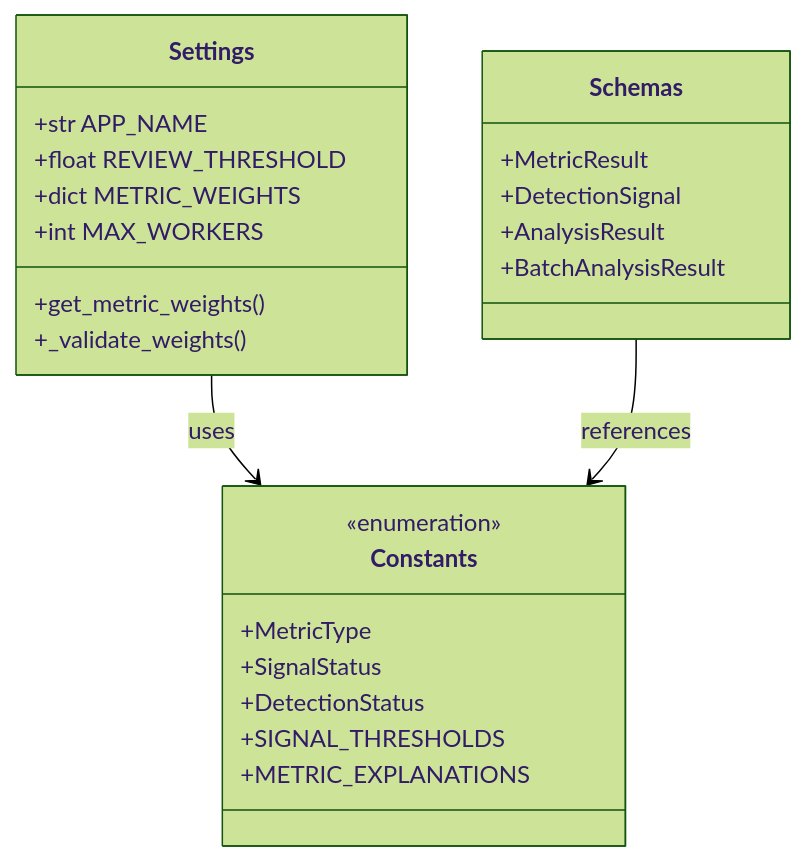
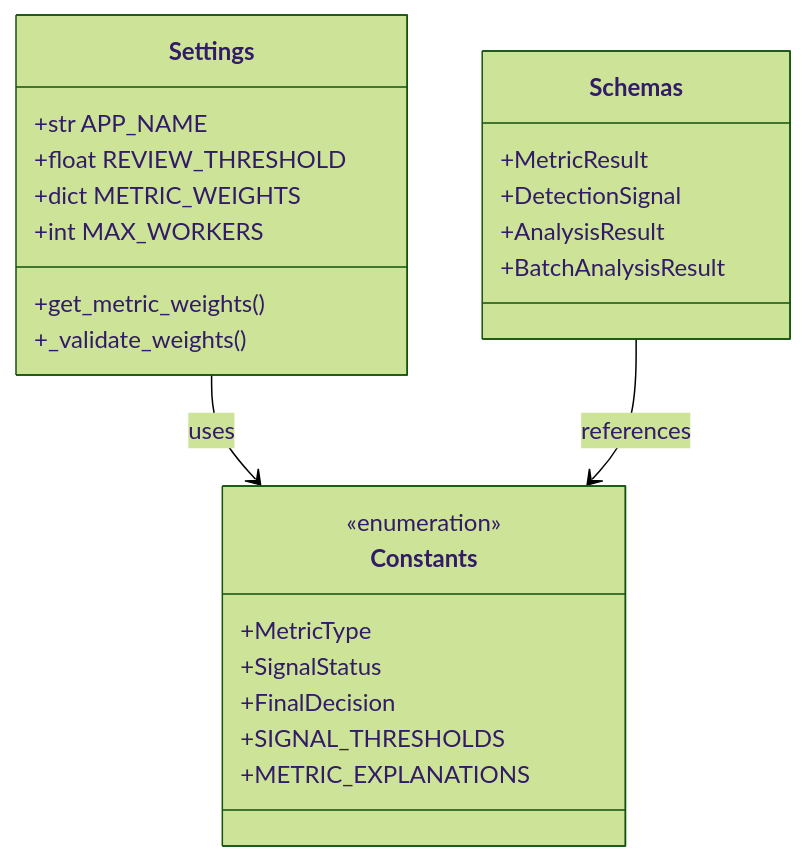
One commit to satyaki-mitra/ImageForensics-AI changed the third of 9 diagrams in docs/ARCHITECTURE.md. Above: the diagram before and after it, drawn with Mermaid (forest theme). The commit also changed other lines of this file and 4 other files, not shown here.

````diff
--- a/docs/ARCHITECTURE.md
+++ b/docs/ARCHITECTURE.md
@@ -152,30 +168,30 @@
 ```mermaid
 classDiagram
     class Settings {
         +str APP_NAME
         +float REVIEW_THRESHOLD
         +dict METRIC_WEIGHTS
         +int MAX_WORKERS
         +get_metric_weights()
         +_validate_weights()
     }
     
     class Constants {
         <<enumeration>>
         +MetricType
         +SignalStatus
-        +DetectionStatus
+        +FinalDecision
         +SIGNAL_THRESHOLDS
         +METRIC_EXPLANATIONS
     }
     
     class Schemas {
         +MetricResult
         +DetectionSignal
         +AnalysisResult
         +BatchAnalysisResult
     }
     
     Settings --> Constants: uses
     Schemas --> Constants: references
 ```
````
